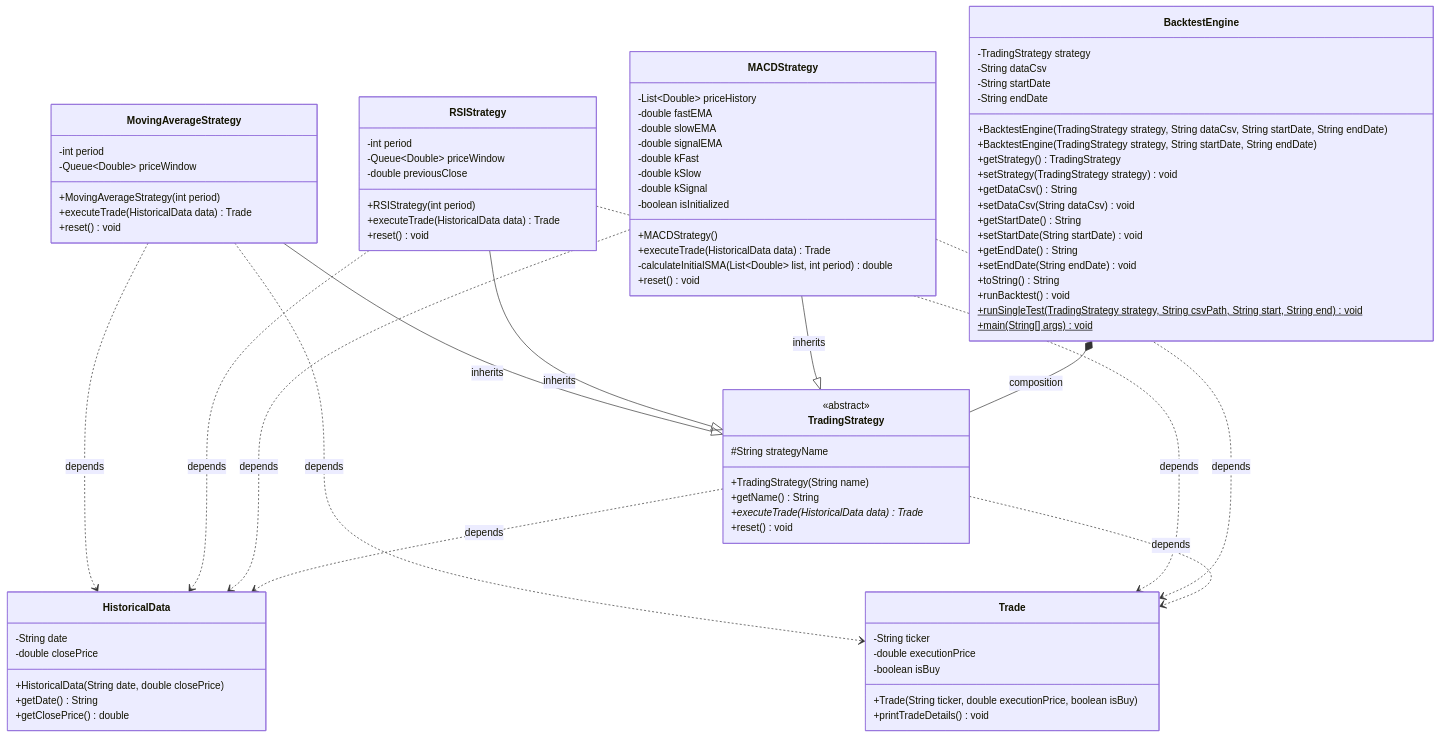
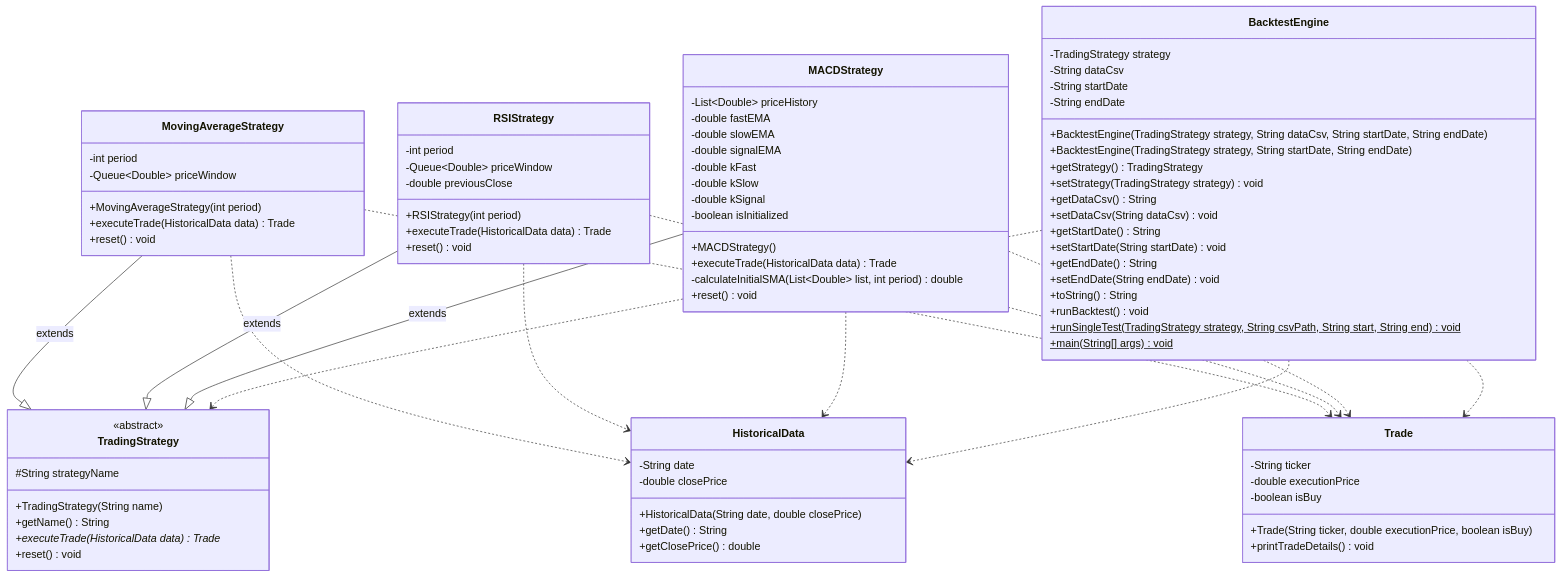
The diagram in docs/images/mmd/class-diagram.mmd (leekwan1582-at/java-portfolio), drawn with Mermaid before and after one commit. The commit also changed 7 other files, not shown here.

Commit message:
Update Class/Object diagrame

```diff
--- a/docs/images/mmd/class-diagram.mmd
+++ b/docs/images/mmd/class-diagram.mmd
@@ -1,102 +1,98 @@
----
-id: 8b21add7-8721-4d5c-9b8c-4f1d8060e518
----
-%%{init: {'themeVariables': { 'fontSize': '15px' }}}%%
-%%{init: { 'themeCss': '.classGroup text, .label text { font-weight: bold !important; }' }}%%
-
 classDiagram
     direction TB
 
     class TradingStrategy {
         <<abstract>>
         #String strategyName
         +TradingStrategy(String name)
         +getName() String
         +executeTrade(HistoricalData data)* Trade
         +reset() void
     }
 
     class MovingAverageStrategy {
         -int period
         -Queue~Double~ priceWindow
         +MovingAverageStrategy(int period)
         +executeTrade(HistoricalData data) Trade
         +reset() void
     }
 
     class RSIStrategy {
         -int period
         -Queue~Double~ priceWindow
         -double previousClose
         +RSIStrategy(int period)
         +executeTrade(HistoricalData data) Trade
         +reset() void
     }
 
     class MACDStrategy {
         -List~Double~ priceHistory
         -double fastEMA
         -double slowEMA
         -double signalEMA
         -double kFast
         -double kSlow
         -double kSignal
         -boolean isInitialized
         +MACDStrategy()
         +executeTrade(HistoricalData data) Trade
         -calculateInitialSMA(List~Double~ list, int period) double
         +reset() void
     }
 
     class BacktestEngine {
         -TradingStrategy strategy
         -String dataCsv
         -String startDate
         -String endDate
         +BacktestEngine(TradingStrategy strategy, String dataCsv, String startDate, String endDate)
         +BacktestEngine(TradingStrategy strategy, String startDate, String endDate)
         +getStrategy() TradingStrategy
         +setStrategy(TradingStrategy strategy) void
         +getDataCsv() String
         +setDataCsv(String dataCsv) void
         +getStartDate() String
         +setStartDate(String startDate) void
         +getEndDate() String
         +setEndDate(String endDate) void
         +toString() String
         +runBacktest() void
         +runSingleTest(TradingStrategy strategy, String csvPath, String start, String end)$ void
         +main(String[] args)$ void
     }
 
     class Trade {
         -String ticker
         -double executionPrice
         -boolean isBuy
         +Trade(String ticker, double executionPrice, boolean isBuy)
         +printTradeDetails() void
     }
 
     class HistoricalData {
         -String date
         -double closePrice
         +HistoricalData(String date, double closePrice)
         +getDate() String
         +getClosePrice() double
     }
 
-    %% Relationships
-    MovingAverageStrategy --|> TradingStrategy : inherits
-    RSIStrategy --|> TradingStrategy : inherits
-    MACDStrategy --|> TradingStrategy : inherits
+    %% Inheritance Relationships (Generalization)
+    MovingAverageStrategy --|> TradingStrategy : extends
+    RSIStrategy --|> TradingStrategy : extends
+    MACDStrategy --|> TradingStrategy : extends
     
-    BacktestEngine *-- TradingStrategy : composition
+    %% Association / Composition
+    BacktestEngine ..> TradingStrategy
     
-    MovingAverageStrategy ..> HistoricalData : depends
-    MovingAverageStrategy ..> Trade : depends
-    RSIStrategy ..> HistoricalData : depends
-    RSIStrategy ..> Trade : depends
-    MACDStrategy ..> HistoricalData : depends
-    MACDStrategy ..> Trade : depends
-    TradingStrategy ..> HistoricalData : depends
-    TradingStrategy ..> Trade : depends
+    %% Dependencies
+    MovingAverageStrategy ..> HistoricalData
+    MovingAverageStrategy ..> Trade
+    RSIStrategy ..> HistoricalData
+    RSIStrategy ..> Trade
+    MACDStrategy ..> HistoricalData
+    MACDStrategy ..> Trade
+    BacktestEngine ..> HistoricalData
+    BacktestEngine ..> Trade
```
